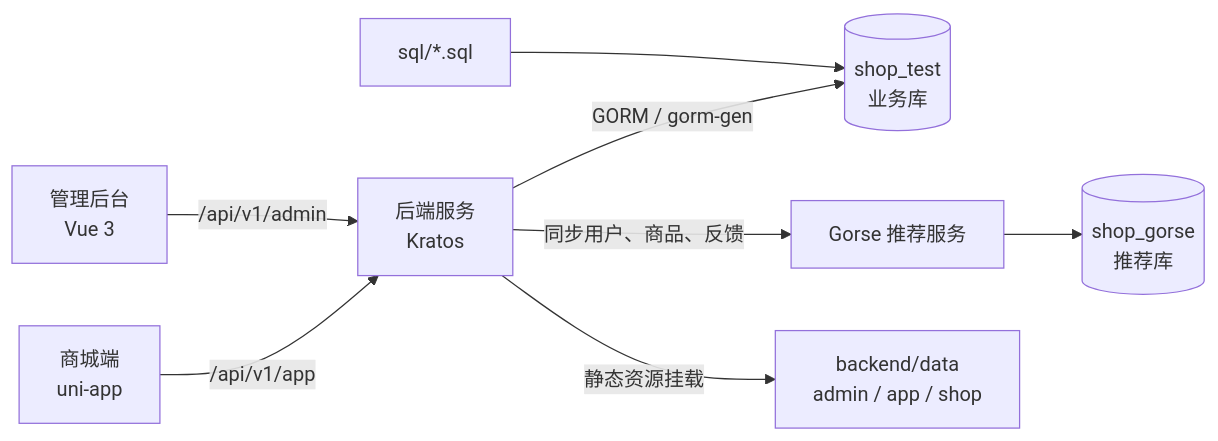
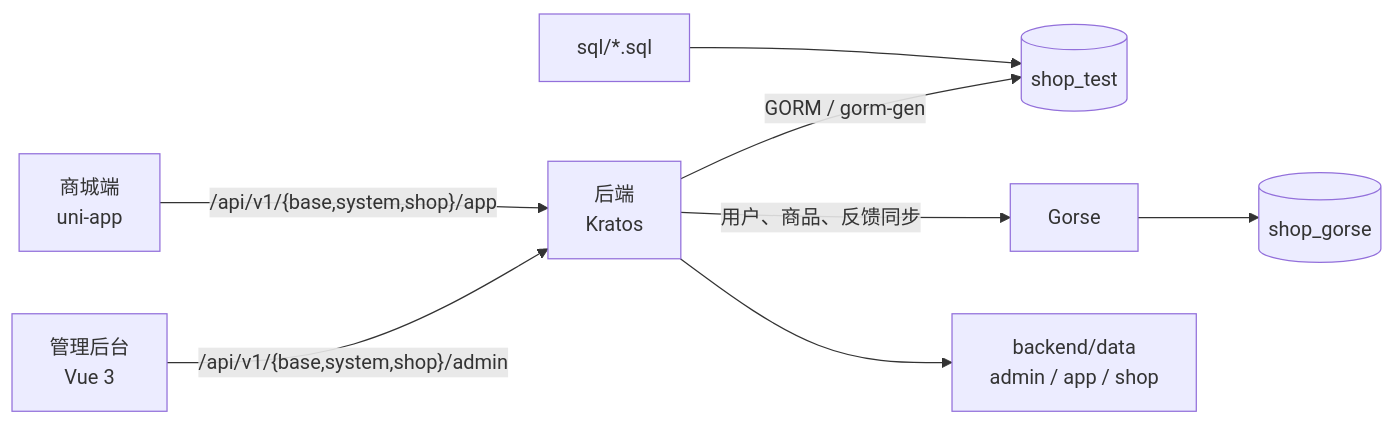
One commit to liujitcn/shop changed the diagram in docs/系统总体设计.md. Above: the diagram before and after it, drawn with Mermaid. The commit also changed other lines of this file and 1765 other files, not shown here.

````diff
--- a/docs/系统总体设计.md
+++ b/docs/系统总体设计.md
@@ -20,10 +20,10 @@
 ```mermaid
 flowchart LR
-  App["商城端\nuni-app"] -->|/api/v1/app| Backend["后端服务\nKratos"]
-  Admin["管理后台\nVue 3"] -->|/api/v1/admin| Backend
-  Backend -->|GORM / gorm-gen| DB[("shop_test\n业务库")]
-  Backend -->|同步用户、商品、反馈| Gorse["Gorse 推荐服务"]
-  Gorse --> GorseDB[("shop_gorse\n推荐库")]
-  Backend -->|静态资源挂载| Static["backend/data\nadmin / app / shop"]
+  Admin["管理后台\nVue 3"] -->|"/api/v1/{base,system,shop}/admin"| Backend["后端\nKratos"]
+  App["商城端\nuni-app"] -->|"/api/v1/{base,system,shop}/app"| Backend
+  Backend -->|"GORM / gorm-gen"| DB[("shop_test")]
+  Backend -->|"用户、商品、反馈同步"| Gorse["Gorse"]
+  Gorse --> GorseDB[("shop_gorse")]
+  Backend --> Static["backend/data\nadmin / app / shop"]
   SQL["sql/*.sql"] --> DB
 ```
````
